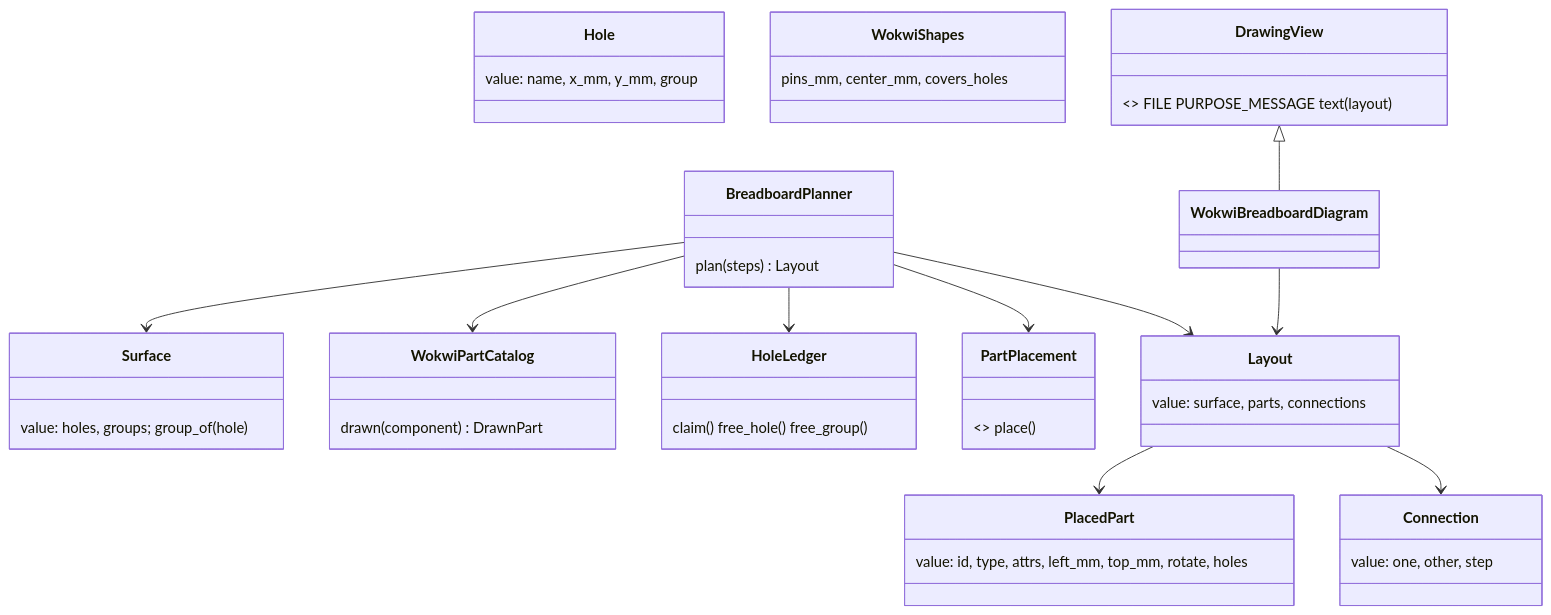
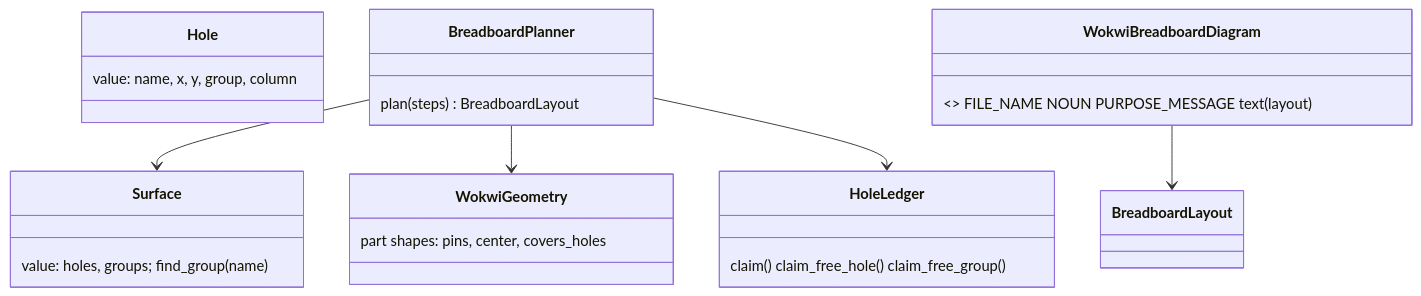
The diagram in docs/2026-10-16-p270-common-base-plan.md (xmejkal/spark), drawn with Mermaid before and after one commit. The commit also changed other lines of this file, not shown here.

First line of the commit message:
P270 plan: the council's findings folded in, mm moved to the perfboard step

````diff
--- a/docs/2026-10-16-p270-common-base-plan.md
+++ b/docs/2026-10-16-p270-common-base-plan.md
@@ -21,24 +21,13 @@
 ```mermaid
 classDiagram
-  class Surface { value: holes, groups; group_of(hole) }
-  class Hole { value: name, x_mm, y_mm, group }
-  class WokwiShapes { pins_mm, center_mm, covers_holes }
-  class WokwiPartCatalog { drawn(component) DrawnPart }
-  class HoleLedger { claim() free_hole() free_group() }
-  class PartPlacement { <<strategy>> place() }
-  class BreadboardPlanner { plan(steps) Layout }
-  class Layout { value: surface, parts, connections }
-  class PlacedPart { value: id, type, attrs, left_mm, top_mm, rotate, holes }
-  class Connection { value: one, other, step }
-  class DrawingView { <<renderer>> FILE PURPOSE_MESSAGE text(layout) }
-  class WokwiBreadboardDiagram
+  class Surface { value: holes, groups; find_group(name) }
+  class Hole { value: name, x, y, group, column }
+  class WokwiGeometry { part shapes: pins, center, covers_holes }
+  class HoleLedger { claim() claim_free_hole() claim_free_group() }
+  class BreadboardPlanner { plan(steps) BreadboardLayout }
+  class WokwiBreadboardDiagram { <<renderer>> FILE_NAME NOUN PURPOSE_MESSAGE text(layout) }
   BreadboardPlanner --> Surface
+  BreadboardPlanner --> WokwiGeometry
   BreadboardPlanner --> HoleLedger
-  BreadboardPlanner --> PartPlacement
-  BreadboardPlanner --> WokwiPartCatalog
-  BreadboardPlanner --> Layout
-  Layout --> PlacedPart
-  Layout --> Connection
-  DrawingView <|-- WokwiBreadboardDiagram
-  WokwiBreadboardDiagram --> Layout
+  WokwiBreadboardDiagram --> BreadboardLayout
 ```
````
